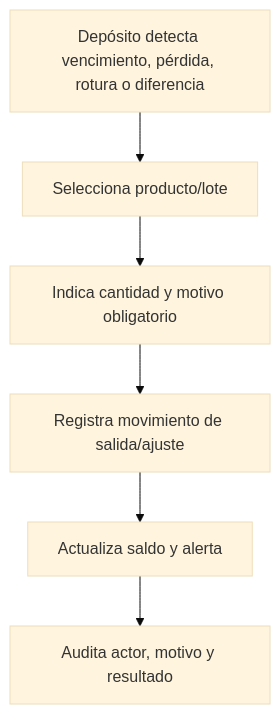
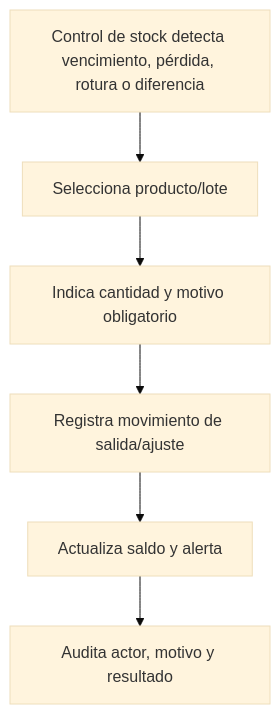
The seventh of 9 diagrams in docs/05-FLUJOS-DE-PROCESOS.md (MuniSanBenito/SIGAS), drawn with Mermaid (base theme) before and after one commit. The commit also changed other lines of this file and 21 other files, not shown here.

Commit message:
feat: rename roles from "Depósito/Gestión de grupos" to "Control de stock/Administración" and restrict delivery confirmation to admin

````diff
--- a/docs/05-FLUJOS-DE-PROCESOS.md
+++ b/docs/05-FLUJOS-DE-PROCESOS.md
@@ -111,8 +111,8 @@
 ```mermaid
 flowchart TD
-    A[Depósito detecta vencimiento, pérdida, rotura o diferencia] --> B[Selecciona producto/lote]
+    A[Control de stock detecta vencimiento, pérdida, rotura o diferencia] --> B[Selecciona producto/lote]
     B --> C[Indica cantidad y motivo obligatorio]
     C --> D[Registra movimiento de salida/ajuste]
     D --> E[Actualiza saldo y alerta]
     E --> F[Audita actor, motivo y resultado]
 ```
````
